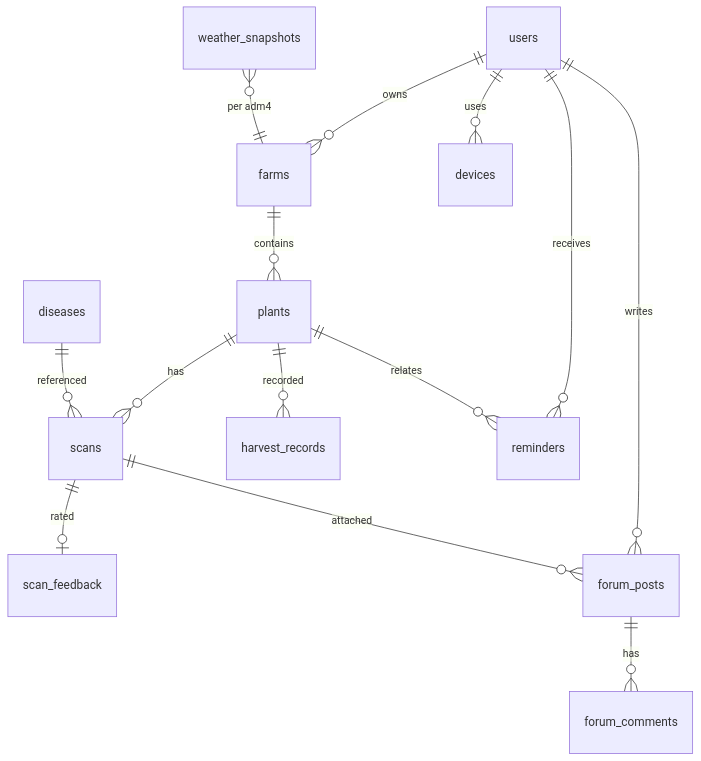
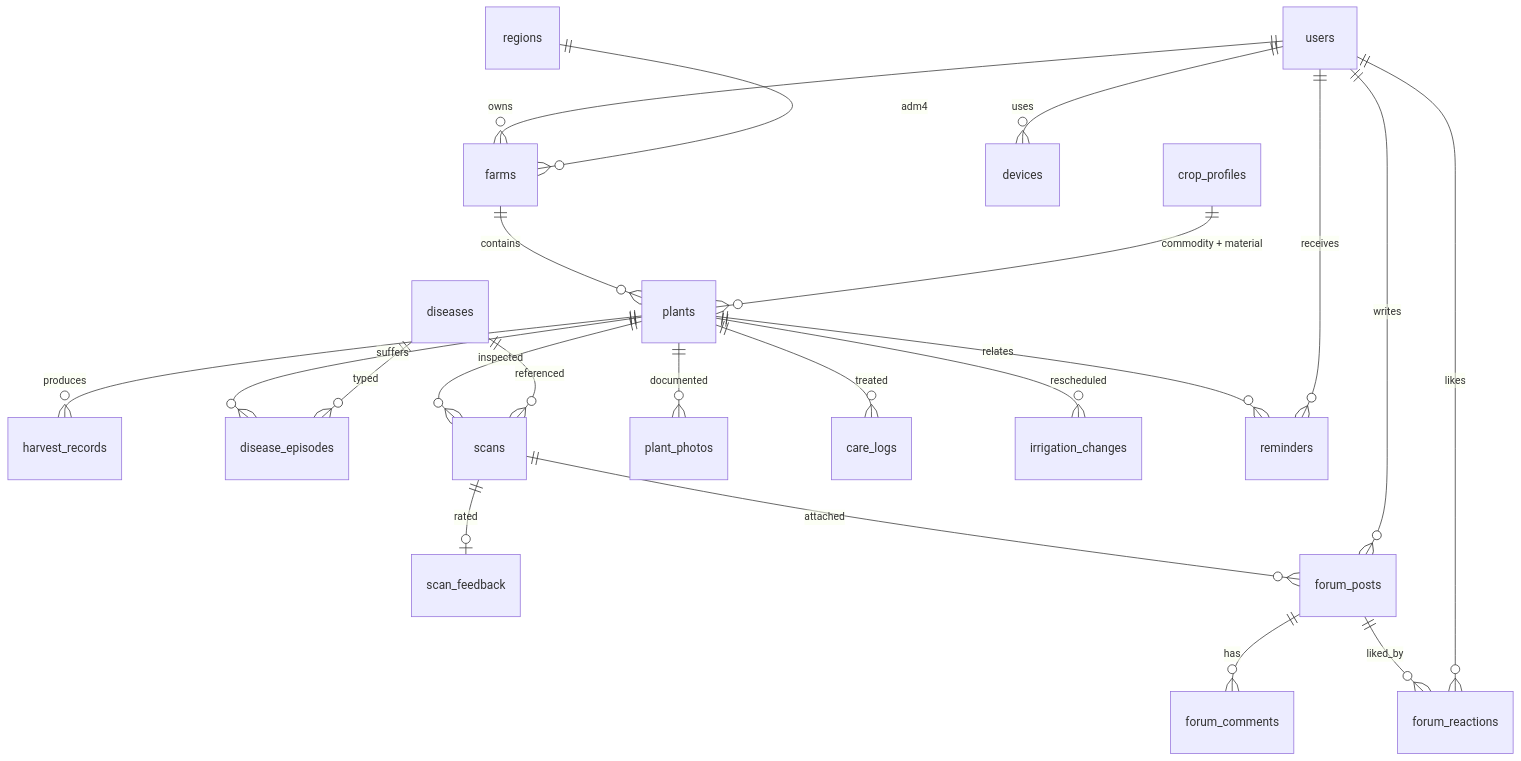
Before and after one commit to Hruto/Tanami: the diagram in tanami-backend/docs/data-model.md, drawn with Mermaid. The commit also changed other lines of this file and 5 other files, not shown here.

````diff
--- a/tanami-backend/docs/data-model.md
+++ b/tanami-backend/docs/data-model.md
@@ -45,16 +54,24 @@
 ```mermaid
 erDiagram
   users ||--o{ farms : owns
   farms ||--o{ plants : contains
-  plants ||--o{ scans : has
+  plants ||--o{ harvest_records : produces
+  plants ||--o{ disease_episodes : suffers
+  plants ||--o{ scans : inspected
+  plants ||--o{ plant_photos : documented
+  plants ||--o{ care_logs : treated
+  plants ||--o{ irrigation_changes : rescheduled
+  plants ||--o{ reminders : relates
   scans ||--o| scan_feedback : rated
-  plants ||--o{ harvest_records : recorded
+  scans ||--o{ forum_posts : attached
+  diseases ||--o{ scans : referenced
+  diseases ||--o{ disease_episodes : typed
   users ||--o{ reminders : receives
-  plants ||--o{ reminders : relates
   users ||--o{ devices : uses
   users ||--o{ forum_posts : writes
   forum_posts ||--o{ forum_comments : has
-  scans ||--o{ forum_posts : attached
-  diseases ||--o{ scans : referenced
-  weather_snapshots }o--|| farms : "per adm4"
+  forum_posts ||--o{ forum_reactions : liked_by
+  users ||--o{ forum_reactions : likes
+  regions ||--o{ farms : "adm4"
+  crop_profiles ||--o{ plants : "commodity + material"
 ```
````
